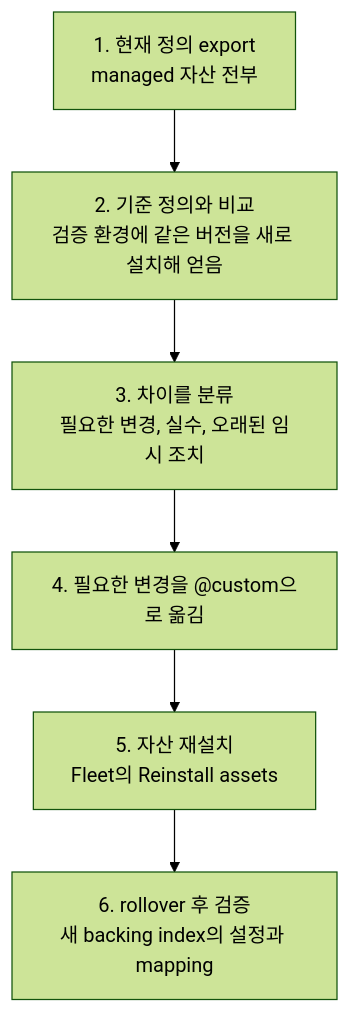
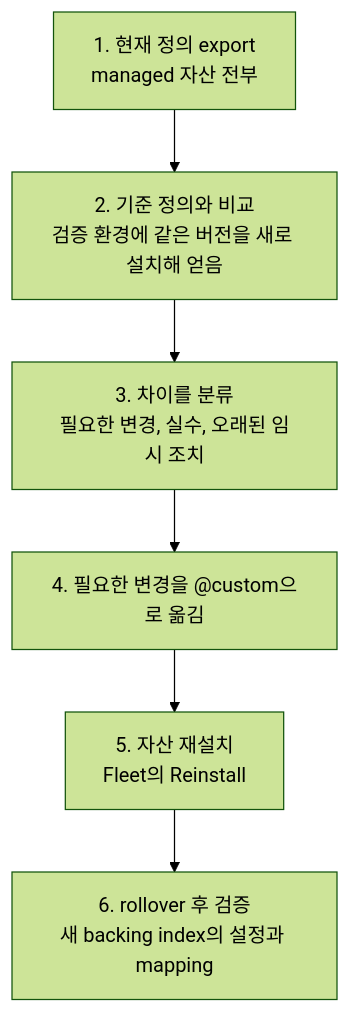
One commit to Munsik/engineering-notes changed the diagram in src/content/docs/change/03-managed-assets.md. Above: the diagram before and after it, drawn with Mermaid (forest theme). The commit also changed other lines of this file and 29 other files, not shown here.

````diff
--- a/src/content/docs/change/03-managed-assets.md
+++ b/src/content/docs/change/03-managed-assets.md
@@ -226,8 +236,8 @@
 ```mermaid
 flowchart TB
   A["1. 현재 정의 export<br/>managed 자산 전부"] --> B["2. 기준 정의와 비교<br/>검증 환경에 같은 버전을 새로 설치해 얻음"]
   B --> C["3. 차이를 분류<br/>필요한 변경, 실수, 오래된 임시 조치"]
   C --> D["4. 필요한 변경을 @custom으로 옮김"]
-  D --> E["5. 자산 재설치<br/>Fleet의 Reinstall assets"]
+  D --> E["5. 자산 재설치<br/>Fleet의 Reinstall"]
   E --> F["6. rollover 후 검증<br/>새 backing index의 설정과 mapping"]
 ```
````
